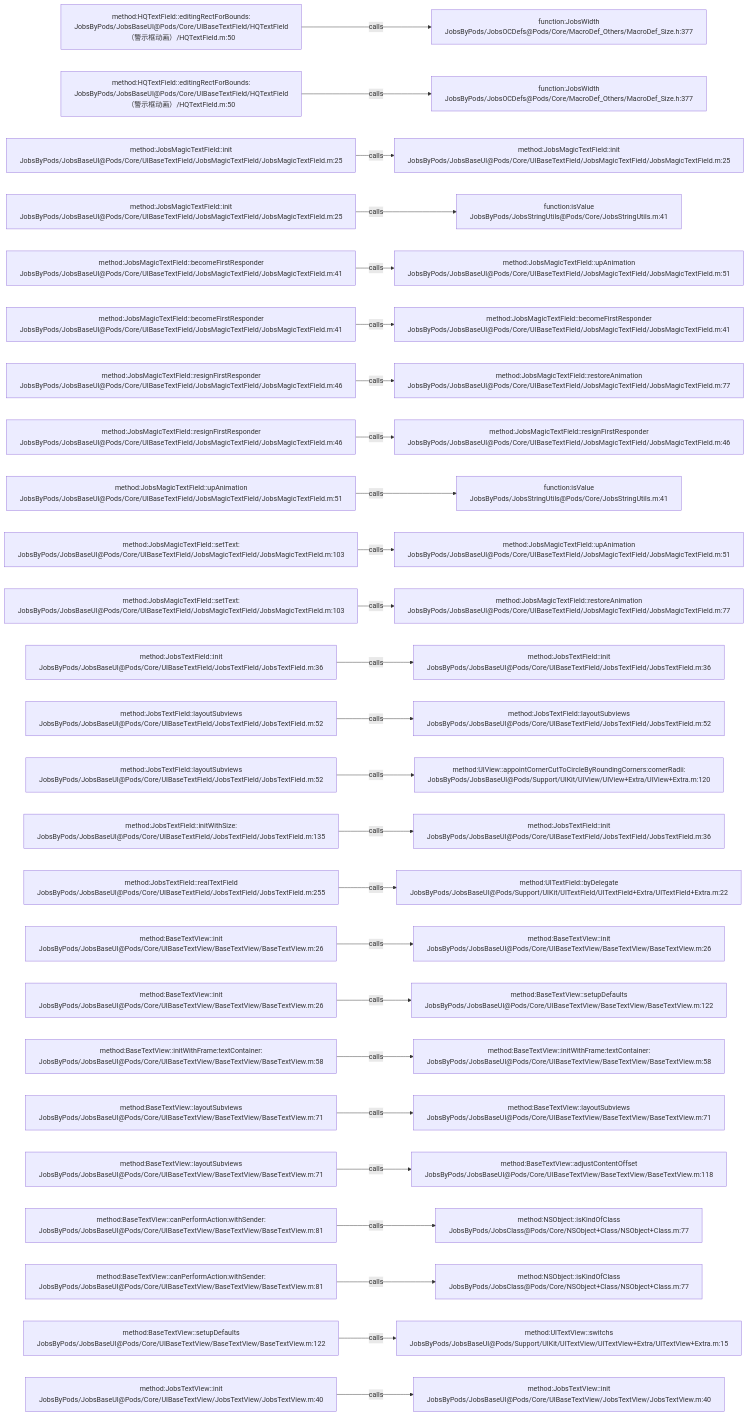
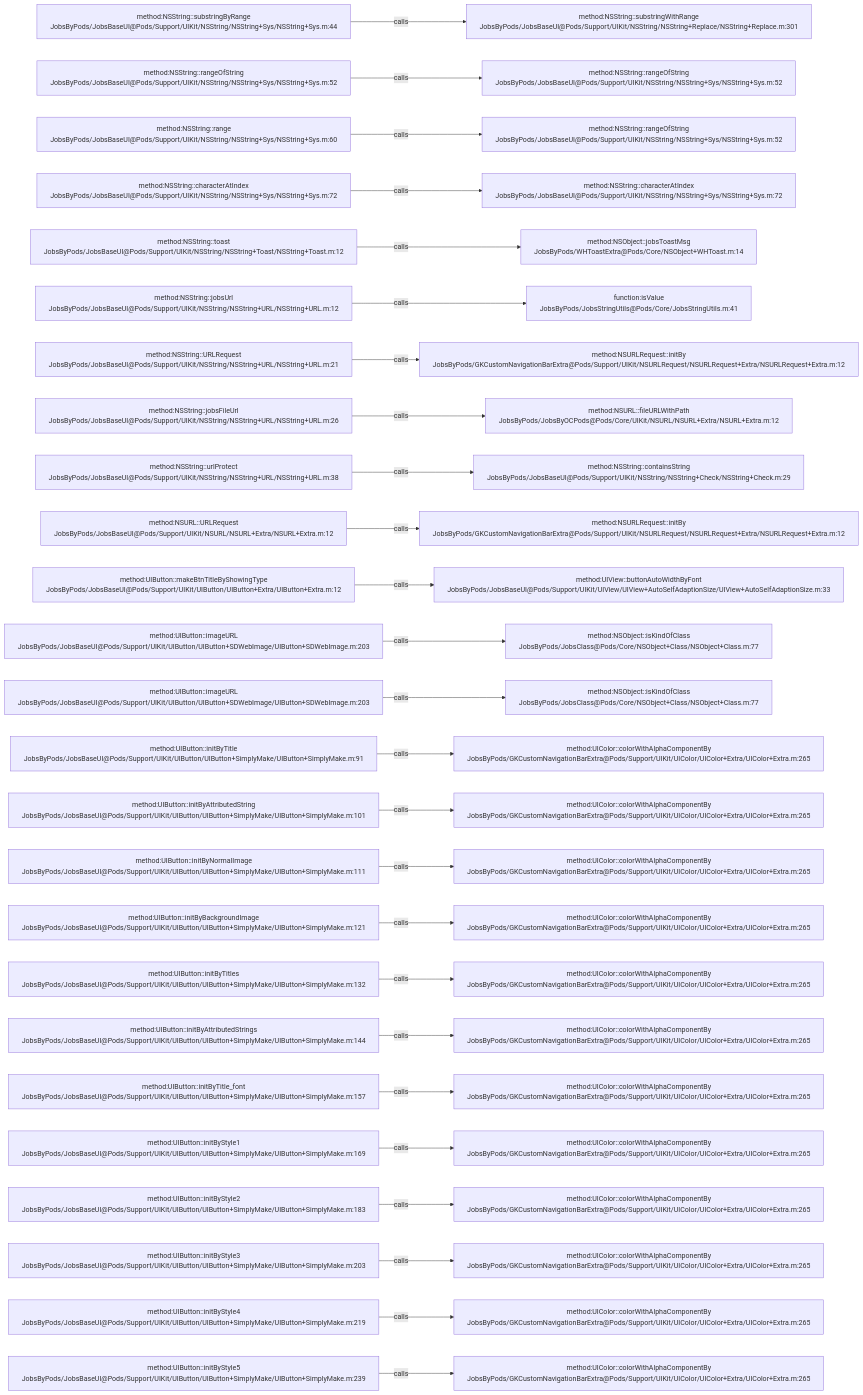
Before and after one commit to JobsKits/JobsOCBaseConfigDemo: the diagram in .codegraph/codegraph.md/graphs/calls-042.md, drawn with Mermaid. The commit also changed 1026 other files, not shown here.

````diff
--- a/.codegraph/codegraph.md/graphs/calls-042.md
+++ b/.codegraph/codegraph.md/graphs/calls-042.md
@@ -13,78 +13,78 @@
 ```mermaid
 flowchart LR
-  S1["method:HQTextField::editingRectForBounds:<br/>JobsByPods/JobsBaseUI@Pods/Core/UIBaseTextField/HQTextField（警示框动画）/HQTextField.m:50"]
-  T1["function:JobsWidth<br/>JobsByPods/JobsOCDefs@Pods/Core/MacroDef_Others/MacroDef_Size.h:377"]
+  S1["method:NSString::substringByRange<br/>JobsByPods/JobsBaseUI@Pods/Support/UIKit/NSString/NSString+Sys/NSString+Sys.m:44"]
+  T1["method:NSString::substringWithRange<br/>JobsByPods/JobsBaseUI@Pods/Support/UIKit/NSString/NSString+Replace/NSString+Replace.m:301"]
   S1 -->|calls| T1
-  S2["method:HQTextField::editingRectForBounds:<br/>JobsByPods/JobsBaseUI@Pods/Core/UIBaseTextField/HQTextField（警示框动画）/HQTextField.m:50"]
-  T2["function:JobsWidth<br/>JobsByPods/JobsOCDefs@Pods/Core/MacroDef_Others/MacroDef_Size.h:377"]
+  S2["method:NSString::rangeOfString<br/>JobsByPods/JobsBaseUI@Pods/Support/UIKit/NSString/NSString+Sys/NSString+Sys.m:52"]
+  T2["method:NSString::rangeOfString<br/>JobsByPods/JobsBaseUI@Pods/Support/UIKit/NSString/NSString+Sys/NSString+Sys.m:52"]
   S2 -->|calls| T2
-  S3["method:JobsMagicTextField::init<br/>JobsByPods/JobsBaseUI@Pods/Core/UIBaseTextField/JobsMagicTextField/JobsMagicTextField.m:25"]
-  T3["method:JobsMagicTextField::init<br/>JobsByPods/JobsBaseUI@Pods/Core/UIBaseTextField/JobsMagicTextField/JobsMagicTextField.m:25"]
+  S3["method:NSString::range<br/>JobsByPods/JobsBaseUI@Pods/Support/UIKit/NSString/NSString+Sys/NSString+Sys.m:60"]
+  T3["method:NSString::rangeOfString<br/>JobsByPods/JobsBaseUI@Pods/Support/UIKit/NSString/NSString+Sys/NSString+Sys.m:52"]
   S3 -->|calls| T3
-  S4["method:JobsMagicTextField::init<br/>JobsByPods/JobsBaseUI@Pods/Core/UIBaseTextField/JobsMagicTextField/JobsMagicTextField.m:25"]
-  T4["function:isValue<br/>JobsByPods/JobsStringUtils@Pods/Core/JobsStringUtils.m:41"]
+  S4["method:NSString::characterAtIndex<br/>JobsByPods/JobsBaseUI@Pods/Support/UIKit/NSString/NSString+Sys/NSString+Sys.m:72"]
+  T4["method:NSString::characterAtIndex<br/>JobsByPods/JobsBaseUI@Pods/Support/UIKit/NSString/NSString+Sys/NSString+Sys.m:72"]
   S4 -->|calls| T4
-  S5["method:JobsMagicTextField::becomeFirstResponder<br/>JobsByPods/JobsBaseUI@Pods/Core/UIBaseTextField/JobsMagicTextField/JobsMagicTextField.m:41"]
-  T5["method:JobsMagicTextField::upAnimation<br/>JobsByPods/JobsBaseUI@Pods/Core/UIBaseTextField/JobsMagicTextField/JobsMagicTextField.m:51"]
+  S5["method:NSString::toast<br/>JobsByPods/JobsBaseUI@Pods/Support/UIKit/NSString/NSString+Toast/NSString+Toast.m:12"]
+  T5["method:NSObject::jobsToastMsg<br/>JobsByPods/WHToastExtra@Pods/Core/NSObject+WHToast.m:14"]
   S5 -->|calls| T5
-  S6["method:JobsMagicTextField::becomeFirstResponder<br/>JobsByPods/JobsBaseUI@Pods/Core/UIBaseTextField/JobsMagicTextField/JobsMagicTextField.m:41"]
-  T6["method:JobsMagicTextField::becomeFirstResponder<br/>JobsByPods/JobsBaseUI@Pods/Core/UIBaseTextField/JobsMagicTextField/JobsMagicTextField.m:41"]
+  S6["method:NSString::jobsUrl<br/>JobsByPods/JobsBaseUI@Pods/Support/UIKit/NSString/NSString+URL/NSString+URL.m:12"]
+  T6["function:isValue<br/>JobsByPods/JobsStringUtils@Pods/Core/JobsStringUtils.m:41"]
   S6 -->|calls| T6
-  S7["method:JobsMagicTextField::resignFirstResponder<br/>JobsByPods/JobsBaseUI@Pods/Core/UIBaseTextField/JobsMagicTextField/JobsMagicTextField.m:46"]
-  T7["method:JobsMagicTextField::restoreAnimation<br/>JobsByPods/JobsBaseUI@Pods/Core/UIBaseTextField/JobsMagicTextField/JobsMagicTextField.m:77"]
+  S7["method:NSString::URLRequest<br/>JobsByPods/JobsBaseUI@Pods/Support/UIKit/NSString/NSString+URL/NSString+URL.m:21"]
+  T7["method:NSURLRequest::initBy<br/>JobsByPods/GKCustomNavigationBarExtra@Pods/Support/UIKit/NSURLRequest/NSURLRequest+Extra/NSURLRequest+Extra.m:12"]
   S7 -->|calls| T7
-  S8["method:JobsMagicTextField::resignFirstResponder<br/>JobsByPods/JobsBaseUI@Pods/Core/UIBaseTextField/JobsMagicTextField/JobsMagicTextField.m:46"]
-  T8["method:JobsMagicTextField::resignFirstResponder<br/>JobsByPods/JobsBaseUI@Pods/Core/UIBaseTextField/JobsMagicTextField/JobsMagicTextField.m:46"]
+  S8["method:NSString::jobsFileUrl<br/>JobsByPods/JobsBaseUI@Pods/Support/UIKit/NSString/NSString+URL/NSString+URL.m:26"]
+  T8["method:NSURL::fileURLWithPath<br/>JobsByPods/JobsByOCPods@Pods/Core/UIKit/NSURL/NSURL+Extra/NSURL+Extra.m:12"]
   S8 -->|calls| T8
-  S9["method:JobsMagicTextField::upAnimation<br/>JobsByPods/JobsBaseUI@Pods/Core/UIBaseTextField/JobsMagicTextField/JobsMagicTextField.m:51"]
-  T9["function:isValue<br/>JobsByPods/JobsStringUtils@Pods/Core/JobsStringUtils.m:41"]
+  S9["method:NSString::urlProtect<br/>JobsByPods/JobsBaseUI@Pods/Support/UIKit/NSString/NSString+URL/NSString+URL.m:38"]
+  T9["method:NSString::containsString<br/>JobsByPods/JobsBaseUI@Pods/Support/UIKit/NSString/NSString+Check/NSString+Check.m:29"]
   S9 -->|calls| T9
-  S10["method:JobsMagicTextField::setText:<br/>JobsByPods/JobsBaseUI@Pods/Core/UIBaseTextField/JobsMagicTextField/JobsMagicTextField.m:103"]
-  T10["method:JobsMagicTextField::upAnimation<br/>JobsByPods/JobsBaseUI@Pods/Core/UIBaseTextField/JobsMagicTextField/JobsMagicTextField.m:51"]
+  S10["method:NSURL::URLRequest<br/>JobsByPods/JobsBaseUI@Pods/Support/UIKit/NSURL/NSURL+Extra/NSURL+Extra.m:12"]
+  T10["method:NSURLRequest::initBy<br/>JobsByPods/GKCustomNavigationBarExtra@Pods/Support/UIKit/NSURLRequest/NSURLRequest+Extra/NSURLRequest+Extra.m:12"]
   S10 -->|calls| T10
-  S11["method:JobsMagicTextField::setText:<br/>JobsByPods/JobsBaseUI@Pods/Core/UIBaseTextField/JobsMagicTextField/JobsMagicTextField.m:103"]
-  T11["method:JobsMagicTextField::restoreAnimation<br/>JobsByPods/JobsBaseUI@Pods/Core/UIBaseTextField/JobsMagicTextField/JobsMagicTextField.m:77"]
+  S11["method:UIButton::makeBtnTitleByShowingType<br/>JobsByPods/JobsBaseUI@Pods/Support/UIKit/UIButton/UIButton+Extra/UIButton+Extra.m:12"]
+  T11["method:UIView::buttonAutoWidthByFont<br/>JobsByPods/JobsBaseUI@Pods/Support/UIKit/UIView/UIView+AutoSelfAdaptionSize/UIView+AutoSelfAdaptionSize.m:33"]
   S11 -->|calls| T11
-  S12["method:JobsTextField::init<br/>JobsByPods/JobsBaseUI@Pods/Core/UIBaseTextField/JobsTextField/JobsTextField.m:36"]
-  T12["method:JobsTextField::init<br/>JobsByPods/JobsBaseUI@Pods/Core/UIBaseTextField/JobsTextField/JobsTextField.m:36"]
+  S12["method:UIButton::imageURL<br/>JobsByPods/JobsBaseUI@Pods/Support/UIKit/UIButton/UIButton+SDWebImage/UIButton+SDWebImage.m:203"]
+  T12["method:NSObject::isKindOfClass<br/>JobsByPods/JobsClass@Pods/Core/NSObject+Class/NSObject+Class.m:77"]
   S12 -->|calls| T12
-  S13["method:JobsTextField::layoutSubviews<br/>JobsByPods/JobsBaseUI@Pods/Core/UIBaseTextField/JobsTextField/JobsTextField.m:52"]
-  T13["method:JobsTextField::layoutSubviews<br/>JobsByPods/JobsBaseUI@Pods/Core/UIBaseTextField/JobsTextField/JobsTextField.m:52"]
+  S13["method:UIButton::imageURL<br/>JobsByPods/JobsBaseUI@Pods/Support/UIKit/UIButton/UIButton+SDWebImage/UIButton+SDWebImage.m:203"]
+  T13["method:NSObject::isKindOfClass<br/>JobsByPods/JobsClass@Pods/Core/NSObject+Class/NSObject+Class.m:77"]
   S13 -->|calls| T13
-  S14["method:JobsTextField::layoutSubviews<br/>JobsByPods/JobsBaseUI@Pods/Core/UIBaseTextField/JobsTextField/JobsTextField.m:52"]
-  T14["method:UIView::appointCornerCutToCircleByRoundingCorners:cornerRadii:<br/>JobsByPods/JobsBaseUI@Pods/Support/UIKit/UIView/UIView+Extra/UIView+Extra.m:120"]
+  S14["method:UIButton::initByTitle<br/>JobsByPods/JobsBaseUI@Pods/Support/UIKit/UIButton/UIButton+SimplyMake/UIButton+SimplyMake.m:91"]
+  T14["method:UIColor::colorWithAlphaComponentBy<br/>JobsByPods/GKCustomNavigationBarExtra@Pods/Support/UIKit/UIColor/UIColor+Extra/UIColor+Extra.m:265"]
   S14 -->|calls| T14
-  S15["method:JobsTextField::initWithSize:<br/>JobsByPods/JobsBaseUI@Pods/Core/UIBaseTextField/JobsTextField/JobsTextField.m:135"]
-  T15["method:JobsTextField::init<br/>JobsByPods/JobsBaseUI@Pods/Core/UIBaseTextField/JobsTextField/JobsTextField.m:36"]
+  S15["method:UIButton::initByAttributedString<br/>JobsByPods/JobsBaseUI@Pods/Support/UIKit/UIButton/UIButton+SimplyMake/UIButton+SimplyMake.m:101"]
+  T15["method:UIColor::colorWithAlphaComponentBy<br/>JobsByPods/GKCustomNavigationBarExtra@Pods/Support/UIKit/UIColor/UIColor+Extra/UIColor+Extra.m:265"]
   S15 -->|calls| T15
-  S16["method:JobsTextField::realTextField<br/>JobsByPods/JobsBaseUI@Pods/Core/UIBaseTextField/JobsTextField/JobsTextField.m:255"]
-  T16["method:UITextField::byDelegate<br/>JobsByPods/JobsBaseUI@Pods/Support/UIKit/UITextField/UITextField+Extra/UITextField+Extra.m:22"]
+  S16["method:UIButton::initByNormalImage<br/>JobsByPods/JobsBaseUI@Pods/Support/UIKit/UIButton/UIButton+SimplyMake/UIButton+SimplyMake.m:111"]
+  T16["method:UIColor::colorWithAlphaComponentBy<br/>JobsByPods/GKCustomNavigationBarExtra@Pods/Support/UIKit/UIColor/UIColor+Extra/UIColor+Extra.m:265"]
   S16 -->|calls| T16
-  S17["method:BaseTextView::init<br/>JobsByPods/JobsBaseUI@Pods/Core/UIBaseTextView/BaseTextView/BaseTextView.m:26"]
-  T17["method:BaseTextView::init<br/>JobsByPods/JobsBaseUI@Pods/Core/UIBaseTextView/BaseTextView/BaseTextView.m:26"]
+  S17["method:UIButton::initByBackgroundImage<br/>JobsByPods/JobsBaseUI@Pods/Support/UIKit/UIButton/UIButton+SimplyMake/UIButton+SimplyMake.m:121"]
+  T17["method:UIColor::colorWithAlphaComponentBy<br/>JobsByPods/GKCustomNavigationBarExtra@Pods/Support/UIKit/UIColor/UIColor+Extra/UIColor+Extra.m:265"]
   S17 -->|calls| T17
-  S18["method:BaseTextView::init<br/>JobsByPods/JobsBaseUI@Pods/Core/UIBaseTextView/BaseTextView/BaseTextView.m:26"]
-  T18["method:BaseTextView::setupDefaults<br/>JobsByPods/JobsBaseUI@Pods/Core/UIBaseTextView/BaseTextView/BaseTextView.m:122"]
+  S18["method:UIButton::initByTitles<br/>JobsByPods/JobsBaseUI@Pods/Support/UIKit/UIButton/UIButton+SimplyMake/UIButton+SimplyMake.m:132"]
+  T18["method:UIColor::colorWithAlphaComponentBy<br/>JobsByPods/GKCustomNavigationBarExtra@Pods/Support/UIKit/UIColor/UIColor+Extra/UIColor+Extra.m:265"]
   S18 -->|calls| T18
-  S19["method:BaseTextView::initWithFrame:textContainer:<br/>JobsByPods/JobsBaseUI@Pods/Core/UIBaseTextView/BaseTextView/BaseTextView.m:58"]
-  T19["method:BaseTextView::initWithFrame:textContainer:<br/>JobsByPods/JobsBaseUI@Pods/Core/UIBaseTextView/BaseTextView/BaseTextView.m:58"]
+  S19["method:UIButton::initByAttributedStrings<br/>JobsByPods/JobsBaseUI@Pods/Support/UIKit/UIButton/UIButton+SimplyMake/UIButton+SimplyMake.m:144"]
+  T19["method:UIColor::colorWithAlphaComponentBy<br/>JobsByPods/GKCustomNavigationBarExtra@Pods/Support/UIKit/UIColor/UIColor+Extra/UIColor+Extra.m:265"]
   S19 -->|calls| T19
-  S20["method:BaseTextView::layoutSubviews<br/>JobsByPods/JobsBaseUI@Pods/Core/UIBaseTextView/BaseTextView/BaseTextView.m:71"]
-  T20["method:BaseTextView::layoutSubviews<br/>JobsByPods/JobsBaseUI@Pods/Core/UIBaseTextView/BaseTextView/BaseTextView.m:71"]
+  S20["method:UIButton::initByTitle_font<br/>JobsByPods/JobsBaseUI@Pods/Support/UIKit/UIButton/UIButton+SimplyMake/UIButton+SimplyMake.m:157"]
+  T20["method:UIColor::colorWithAlphaComponentBy<br/>JobsByPods/GKCustomNavigationBarExtra@Pods/Support/UIKit/UIColor/UIColor+Extra/UIColor+Extra.m:265"]
   S20 -->|calls| T20
-  S21["method:BaseTextView::layoutSubviews<br/>JobsByPods/JobsBaseUI@Pods/Core/UIBaseTextView/BaseTextView/BaseTextView.m:71"]
-  T21["method:BaseTextView::adjustContentOffset<br/>JobsByPods/JobsBaseUI@Pods/Core/UIBaseTextView/BaseTextView/BaseTextView.m:118"]
+  S21["method:UIButton::initByStyle1<br/>JobsByPods/JobsBaseUI@Pods/Support/UIKit/UIButton/UIButton+SimplyMake/UIButton+SimplyMake.m:169"]
+  T21["method:UIColor::colorWithAlphaComponentBy<br/>JobsByPods/GKCustomNavigationBarExtra@Pods/Support/UIKit/UIColor/UIColor+Extra/UIColor+Extra.m:265"]
   S21 -->|calls| T21
-  S22["method:BaseTextView::canPerformAction:withSender:<br/>JobsByPods/JobsBaseUI@Pods/Core/UIBaseTextView/BaseTextView/BaseTextView.m:81"]
-  T22["method:NSObject::isKindOfClass<br/>JobsByPods/JobsClass@Pods/Core/NSObject+Class/NSObject+Class.m:77"]
+  S22["method:UIButton::initByStyle2<br/>JobsByPods/JobsBaseUI@Pods/Support/UIKit/UIButton/UIButton+SimplyMake/UIButton+SimplyMake.m:183"]
+  T22["method:UIColor::colorWithAlphaComponentBy<br/>JobsByPods/GKCustomNavigationBarExtra@Pods/Support/UIKit/UIColor/UIColor+Extra/UIColor+Extra.m:265"]
   S22 -->|calls| T22
-  S23["method:BaseTextView::canPerformAction:withSender:<br/>JobsByPods/JobsBaseUI@Pods/Core/UIBaseTextView/BaseTextView/BaseTextView.m:81"]
-  T23["method:NSObject::isKindOfClass<br/>JobsByPods/JobsClass@Pods/Core/NSObject+Class/NSObject+Class.m:77"]
+  S23["method:UIButton::initByStyle3<br/>JobsByPods/JobsBaseUI@Pods/Support/UIKit/UIButton/UIButton+SimplyMake/UIButton+SimplyMake.m:203"]
+  T23["method:UIColor::colorWithAlphaComponentBy<br/>JobsByPods/GKCustomNavigationBarExtra@Pods/Support/UIKit/UIColor/UIColor+Extra/UIColor+Extra.m:265"]
   S23 -->|calls| T23
-  S24["method:BaseTextView::setupDefaults<br/>JobsByPods/JobsBaseUI@Pods/Core/UIBaseTextView/BaseTextView/BaseTextView.m:122"]
-  T24["method:UITextView::switchs<br/>JobsByPods/JobsBaseUI@Pods/Support/UIKit/UITextView/UITextView+Extra/UITextView+Extra.m:15"]
+  S24["method:UIButton::initByStyle4<br/>JobsByPods/JobsBaseUI@Pods/Support/UIKit/UIButton/UIButton+SimplyMake/UIButton+SimplyMake.m:219"]
+  T24["method:UIColor::colorWithAlphaComponentBy<br/>JobsByPods/GKCustomNavigationBarExtra@Pods/Support/UIKit/UIColor/UIColor+Extra/UIColor+Extra.m:265"]
   S24 -->|calls| T24
-  S25["method:JobsTextView::init<br/>JobsByPods/JobsBaseUI@Pods/Core/UIBaseTextView/JobsTextView/JobsTextView.m:40"]
-  T25["method:JobsTextView::init<br/>JobsByPods/JobsBaseUI@Pods/Core/UIBaseTextView/JobsTextView/JobsTextView.m:40"]
+  S25["method:UIButton::initByStyle5<br/>JobsByPods/JobsBaseUI@Pods/Support/UIKit/UIButton/UIButton+SimplyMake/UIButton+SimplyMake.m:239"]
+  T25["method:UIColor::colorWithAlphaComponentBy<br/>JobsByPods/GKCustomNavigationBarExtra@Pods/Support/UIKit/UIColor/UIColor+Extra/UIColor+Extra.m:265"]
   S25 -->|calls| T25
 ```
````
